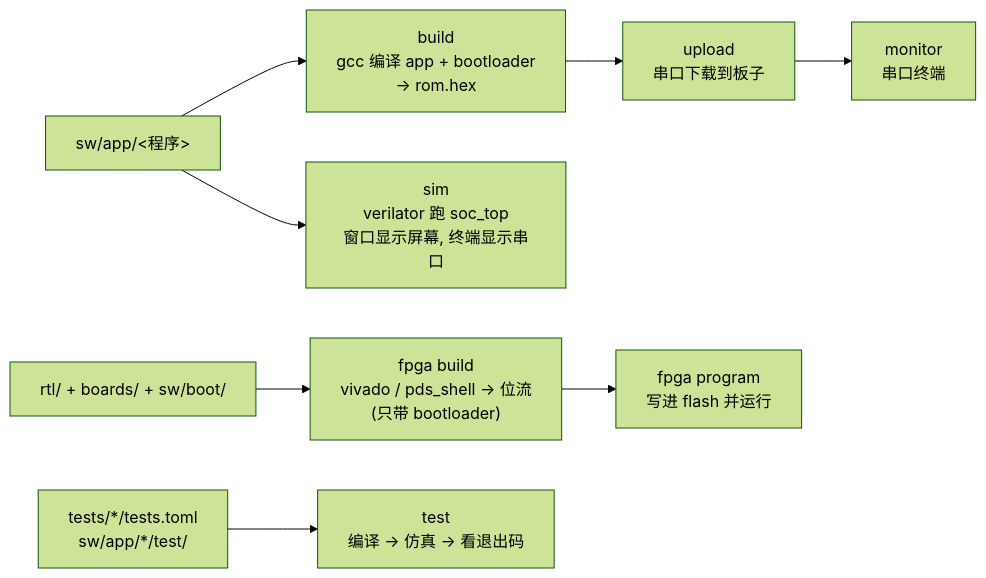
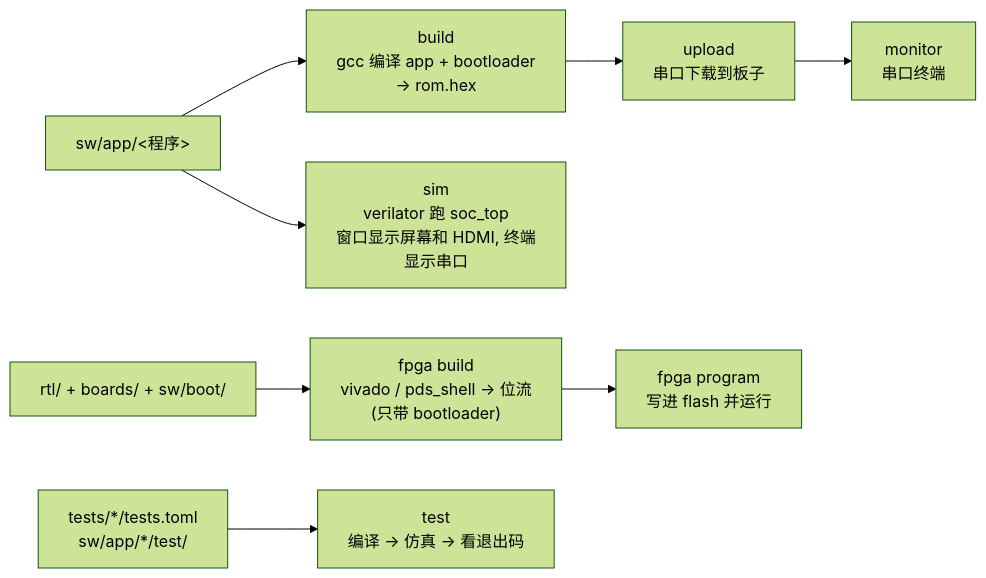
Before and after one commit to Tamako0401/AMa-s-RISCV: the diagram in tools/ama/README.md, drawn with Mermaid (forest theme). The commit also changed other lines of this file and 31 other files, not shown here.

Commit message:
video: HDMI 输出 640x480, 图块背景 + 16x16 精灵 + 调色板, 逐行渲染; MS7210 软件 I2C 初始化; 仿真窗口显示 HDMI; video_tb

````diff
--- a/tools/ama/README.md
+++ b/tools/ama/README.md
@@ -7,10 +7,10 @@
 ```mermaid
 flowchart LR
     APP["sw/app/&lt;程序&gt;"] --> BUILD["build<br/>gcc 编译 app + bootloader<br/>→ rom.hex"]
     BUILD --> UPLOAD["upload<br/>串口下载到板子"]
     UPLOAD --> MON["monitor<br/>串口终端"]
     RTL["rtl/ + boards/ + sw/boot/"] --> FPGA["fpga build<br/>vivado / pds_shell → 位流<br/>(只带 bootloader)"]
     FPGA --> PROG["fpga program<br/>写进 flash 并运行"]
-    APP --> SIM["sim<br/>verilator 跑 soc_top<br/>窗口显示屏幕, 终端显示串口"]
+    APP --> SIM["sim<br/>verilator 跑 soc_top<br/>窗口显示屏幕和 HDMI, 终端显示串口"]
     TOML["tests/*/tests.toml<br/>sw/app/*/test/"] --> TEST["test<br/>编译 → 仿真 → 看退出码"]
 ```
````
